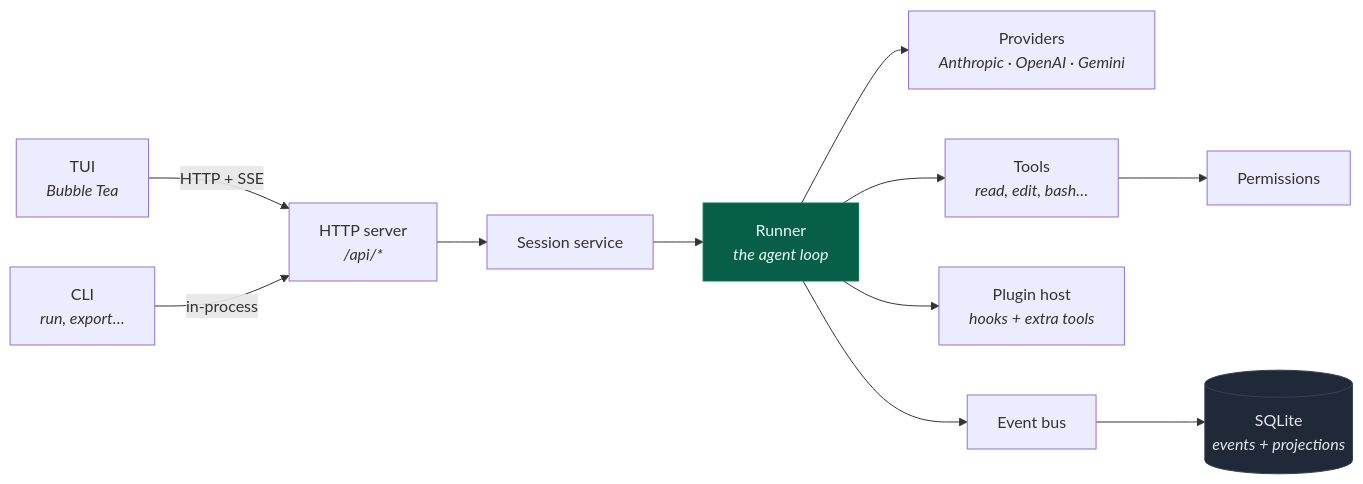
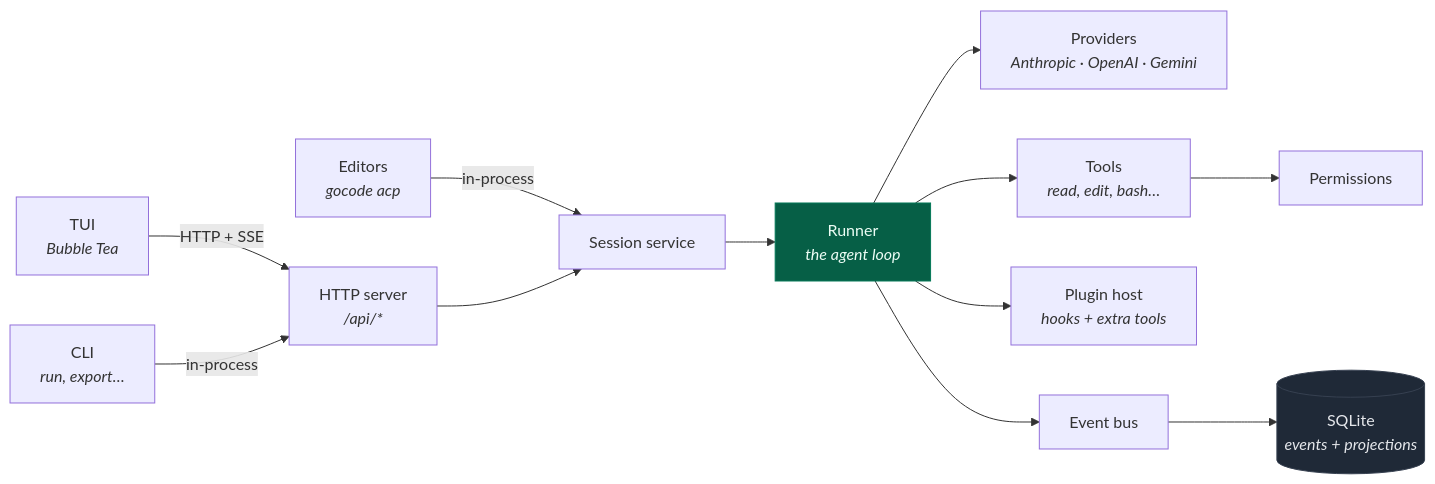
The diagram in README.md (langazov/gocode), drawn with Mermaid before and after one commit. The commit also changed other lines of this file and 38 other files, not shown here.

````diff
--- a/README.md
+++ b/README.md
@@ -240,16 +257,17 @@
 ```mermaid
 flowchart LR
   TUI["TUI<br/><i>Bubble Tea</i>"] -->|HTTP + SSE| SRV
   CLI["CLI<br/><i>run, export…</i>"] -->|in-process| SRV
+  ACP["Editors<br/><i>gocode acp</i>"] -->|in-process| SVC
   SRV["HTTP server<br/><i>/api/*</i>"] --> SVC["Session service"]
   SVC --> RUN["Runner<br/><i>the agent loop</i>"]
   RUN --> LLM["Providers<br/><i>Anthropic · OpenAI · Gemini</i>"]
   RUN --> TOOLS["Tools<br/><i>read, edit, bash…</i>"]
   TOOLS --> PERM["Permissions"]
   RUN --> PLUG["Plugin host<br/><i>hooks + extra tools</i>"]
   RUN --> BUS["Event bus"]
   BUS --> DB[("SQLite<br/><i>events + projections</i>")]
 
   style DB fill:#1f2937,stroke:#374151,color:#e5e7eb
   style RUN fill:#065f46,stroke:#047857,color:#ecfdf5
 ```
````
